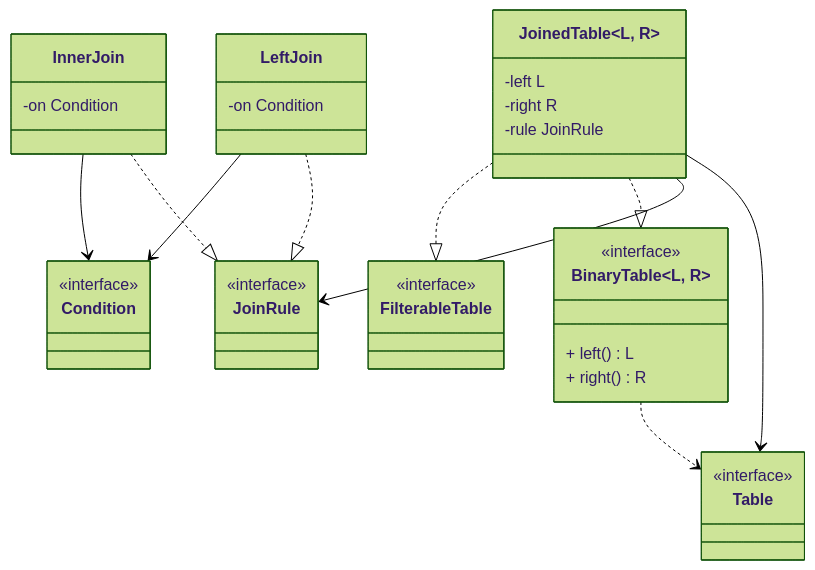
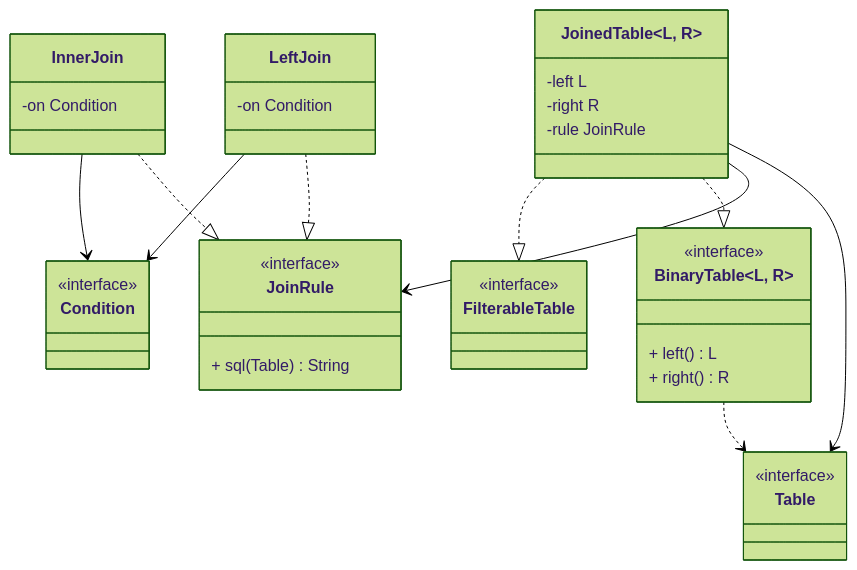
One commit to safarislava/QueryBricks changed the second of 13 diagrams in docs/domain.md. Above: the diagram before and after it, drawn with Mermaid (forest theme). The commit also changed other lines of this file, not shown here.

````diff
--- a/docs/domain.md
+++ b/docs/domain.md
@@ -38,47 +38,48 @@
 ```mermaid
 classDiagram
     class FilterableTable {
         <<interface>>
     }
 
     class JoinRule {
         <<interface>>
+        + sql(Table) String
     }
     
     class Condition {
         <<interface>>
     }
     InnerJoin --> Condition
     LeftJoin --> Condition
 
     class InnerJoin {
         -on Condition
     }
     InnerJoin ..|> JoinRule
 
     class LeftJoin {
         -on Condition
     }
     LeftJoin ..|> JoinRule
 
     class BinaryTable~L, R~ {
         <<interface>>
         + left() L
         + right() R
     }
 
     class JoinedTable~L, R~ {
         -left L
         -right R
         -rule JoinRule
     }
     JoinedTable ..|> FilterableTable
     JoinedTable ..|> BinaryTable~L, R~
     JoinedTable --> JoinRule
 
     class Table {
         <<interface>>
     }
     JoinedTable --> Table
     BinaryTable ..> Table
 ```
````
